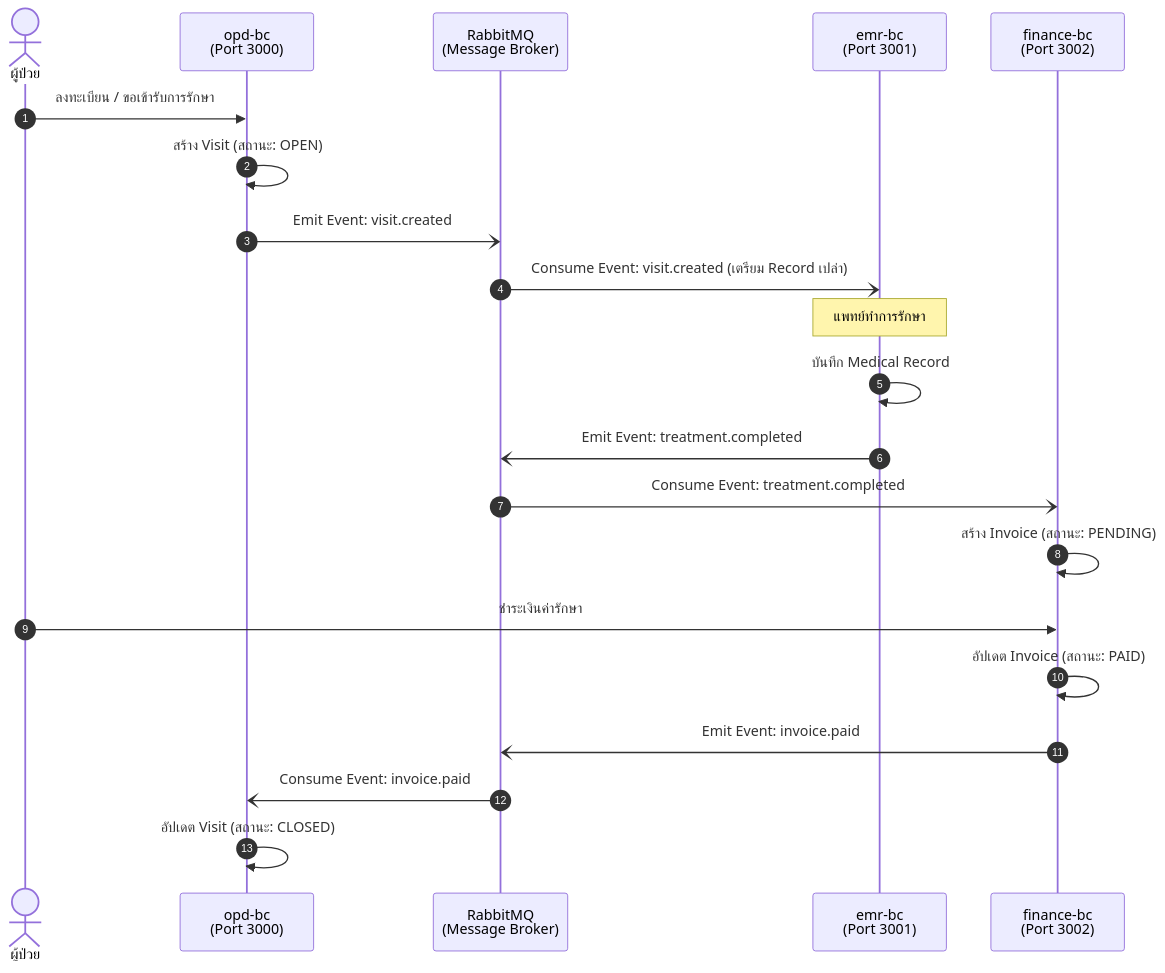
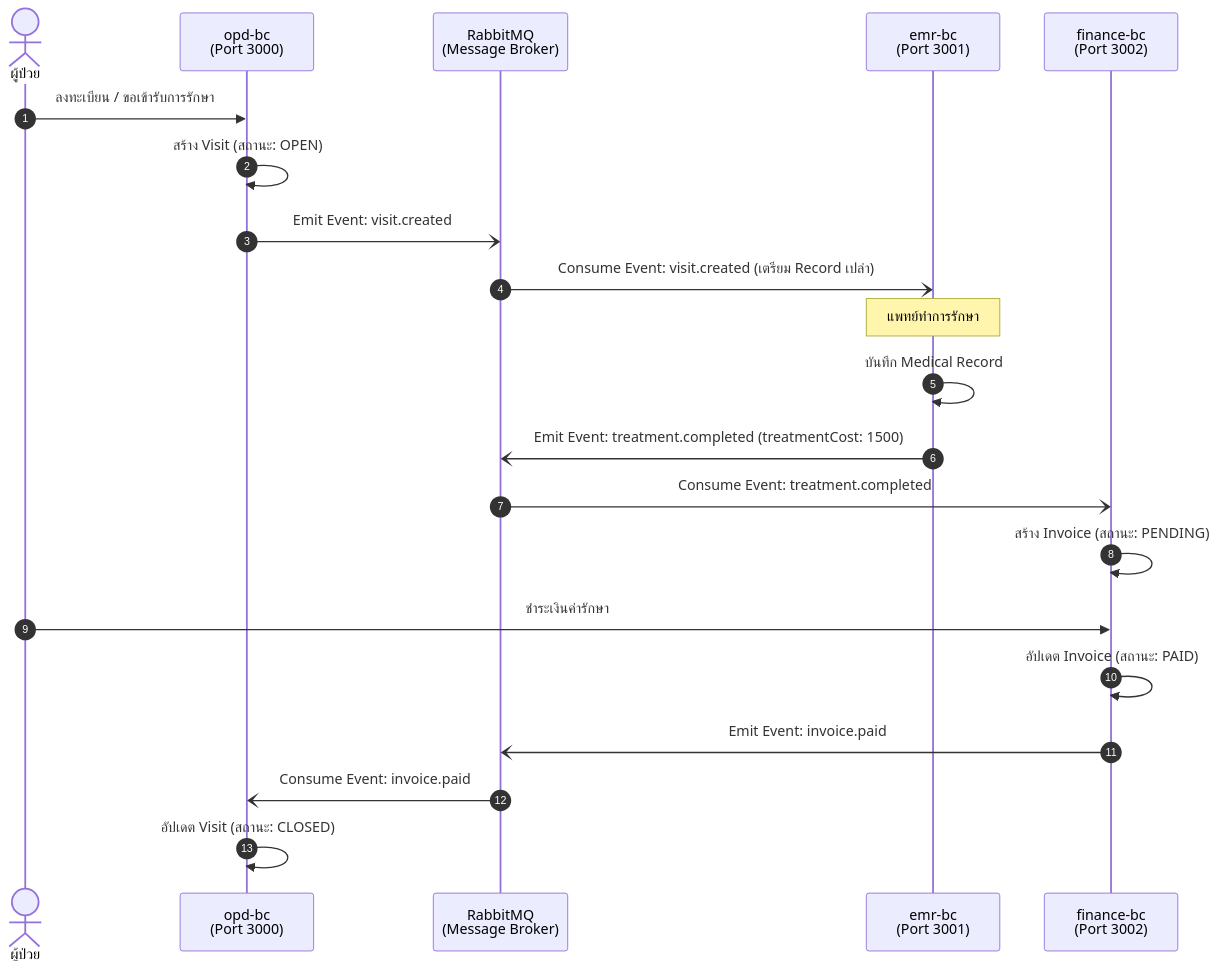
The diagram in README.md (faryporza/his-microservices-assignment), drawn with Mermaid before and after one commit. The commit also changed other lines of this file and 1 other file, not shown here.

````diff
--- a/README.md
+++ b/README.md
@@ -145,28 +427,28 @@
 ```mermaid
 sequenceDiagram
     autonumber
     actor Patient as ผู้ป่วย
     participant OPD as opd-bc<br/>(Port 3000)
     participant RMQ as RabbitMQ<br/>(Message Broker)
     participant EMR as emr-bc<br/>(Port 3001)
     participant FIN as finance-bc<br/>(Port 3002)
 
     Patient->>OPD: ลงทะเบียน / ขอเข้ารับการรักษา
     OPD->>OPD: สร้าง Visit (สถานะ: OPEN)
     OPD-)RMQ: Emit Event: visit.created
     RMQ-)EMR: Consume Event: visit.created (เตรียม Record เปล่า)
 
     Note over EMR: แพทย์ทำการรักษา
     EMR->>EMR: บันทึก Medical Record
-    EMR-)RMQ: Emit Event: treatment.completed
+    EMR-)RMQ: Emit Event: treatment.completed (treatmentCost: 1500)
 
     RMQ-)FIN: Consume Event: treatment.completed
     FIN->>FIN: สร้าง Invoice (สถานะ: PENDING)
 
     Patient->>FIN: ชำระเงินค่ารักษา
     FIN->>FIN: อัปเดต Invoice (สถานะ: PAID)
     FIN-)RMQ: Emit Event: invoice.paid
 
     RMQ-)OPD: Consume Event: invoice.paid
     OPD->>OPD: อัปเดต Visit (สถานะ: CLOSED)
 ```
````
